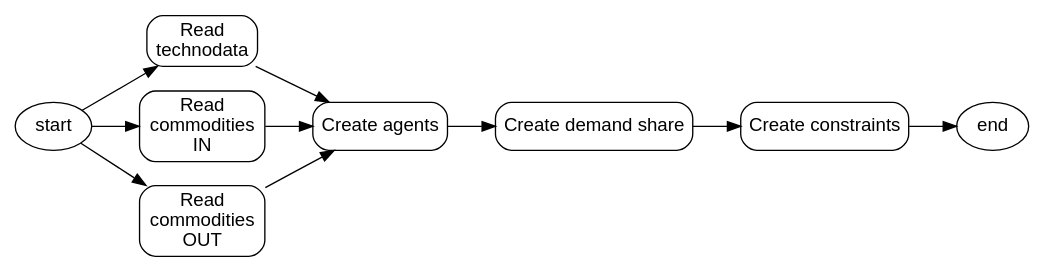
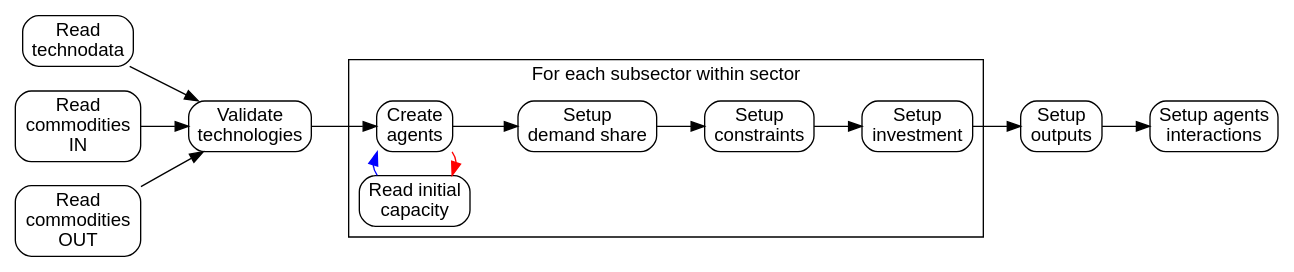
One commit to EnergySystemsModellingLab/MUSE_OS changed the fourth of 5 diagrams in docs/application-flow.rst. Above: the diagram before and after it, drawn with Graphviz. The commit also changed other lines of this file and 1 other file, not shown here.

Commit message:
Update sectors and general chart and add create MCA chart

```diff
--- a/docs/application-flow.rst
+++ b/docs/application-flow.rst
@@ -143,35 +151,41 @@
 .. graphviz::
     :align: center
     :alt: Simplified process of the creation of the sectors
 
     digraph sectors {
-            fontname="Helvetica,Arial,sans-serif"
-            node [fontname="Helvetica,Arial,sans-serif", shape=box, style=rounded]
-            edge [fontname="Helvetica,Arial,sans-serif"]
-            rankdir=LR
-            clusterrank=local
-            newrank=true
 
-        {node [shape=""]; start; end;}
+        fontname="Helvetica,Arial,sans-serif"
+        node [fontname="Helvetica,Arial,sans-serif", shape=box, style=rounded]
+        edge [fontname="Helvetica,Arial,sans-serif"]
+        rankdir=LR
+        clusterrank=local
+        newrank=true
+
         technodata [label="Read\ntechnodata"]
         coms_in [label="Read\ncommodities\nIN"]
         coms_out [label="Read\ncommodities\nOUT"]
-        agents [label="Create agents"]
-        share [label="Create demand share"]
-        constraints [label="Create constraints"]
+        validate [label="Validate\ntechnologies"]
+        outputs [label="Setup\noutputs"]
+        interaction [label="Setup agents\ninteractions"]
 
-        start -> {
-            technodata
-            coms_in
-            coms_out
+        subgraph cluster_1 {
+            label="For each subsector within sector"
+            agents [label="Create\nagents"]
+            share [label="Setup\ndemand share"]
+            constraints [label="Setup\nconstraints"]
+            investment [label="Setup\ninvestment"]
+            capacity [label="Read initial\ncapacity"]
+            agents -> share -> constraints -> investment
+            agents -> capacity [color="red", constraint=false]
+            capacity -> agents [color="blue", constraint=false]
+            {rank=same; agents;capacity}
         }
+
         {
             technodata
             coms_in
             coms_out
-        } -> agents
-        agents -> share
-        share -> constraints
-        constraints -> end
-
+        } -> validate
+        validate -> agents
+        investment -> outputs -> interaction
     }
```
